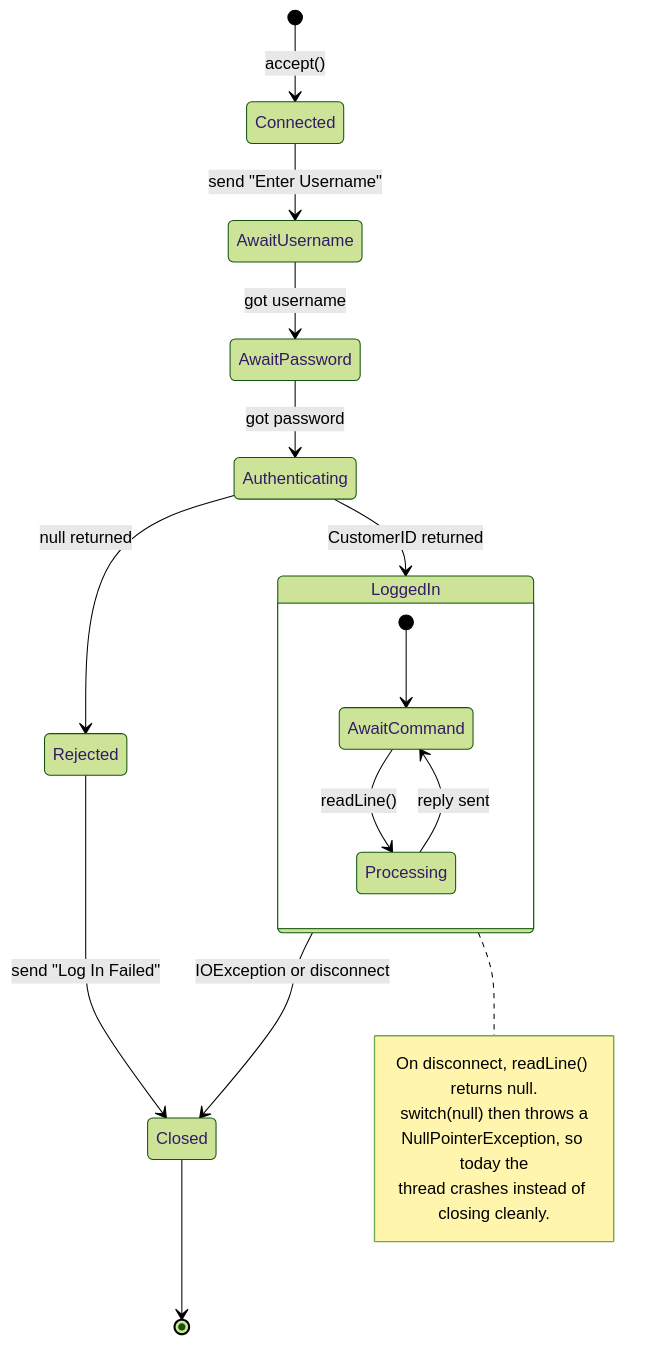
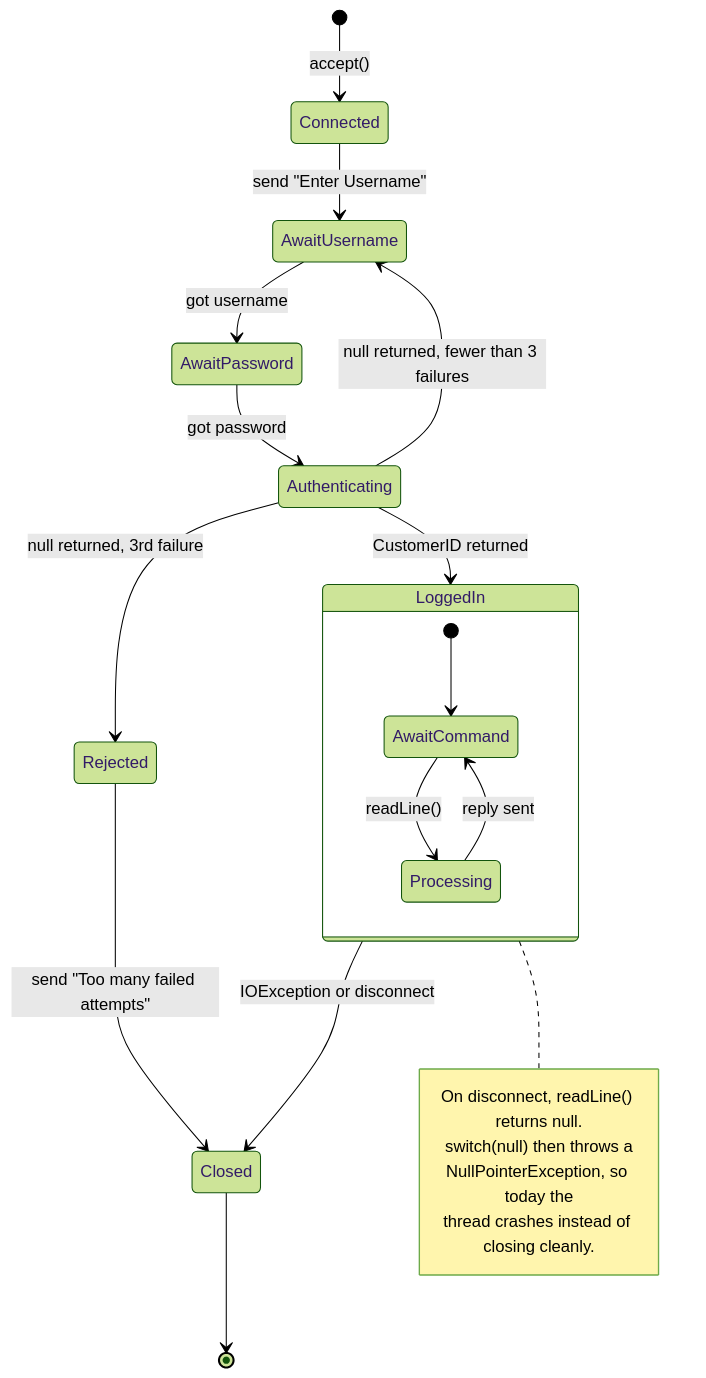
Before and after one commit to richy1623/bath_new_bank: the fifth of 9 diagrams in README.md, drawn with Mermaid (forest theme). The commit also changed other lines of this file and 4 other files, not shown here.

````diff
--- a/README.md
+++ b/README.md
@@ -299,26 +319,27 @@
 ```mermaid
 stateDiagram-v2
     [*] --> Connected : accept()
     Connected --> AwaitUsername : send "Enter Username"
     AwaitUsername --> AwaitPassword : got username
     AwaitPassword --> Authenticating : got password
     Authenticating --> LoggedIn : CustomerID returned
-    Authenticating --> Rejected : null returned
-    Rejected --> Closed : send "Log In Failed"
+    Authenticating --> AwaitUsername : null returned, fewer than 3 failures
+    Authenticating --> Rejected : null returned, 3rd failure
+    Rejected --> Closed : send "Too many failed attempts"
 
     state LoggedIn {
         [*] --> AwaitCommand
         AwaitCommand --> Processing : readLine()
         Processing --> AwaitCommand : reply sent
     }
 
     LoggedIn --> Closed : IOException or disconnect
     Closed --> [*]
 
     note right of LoggedIn
         On disconnect, readLine() returns null.
         switch(null) then throws a
         NullPointerException, so today the
         thread crashes instead of closing cleanly.
     end note
 ```
````
